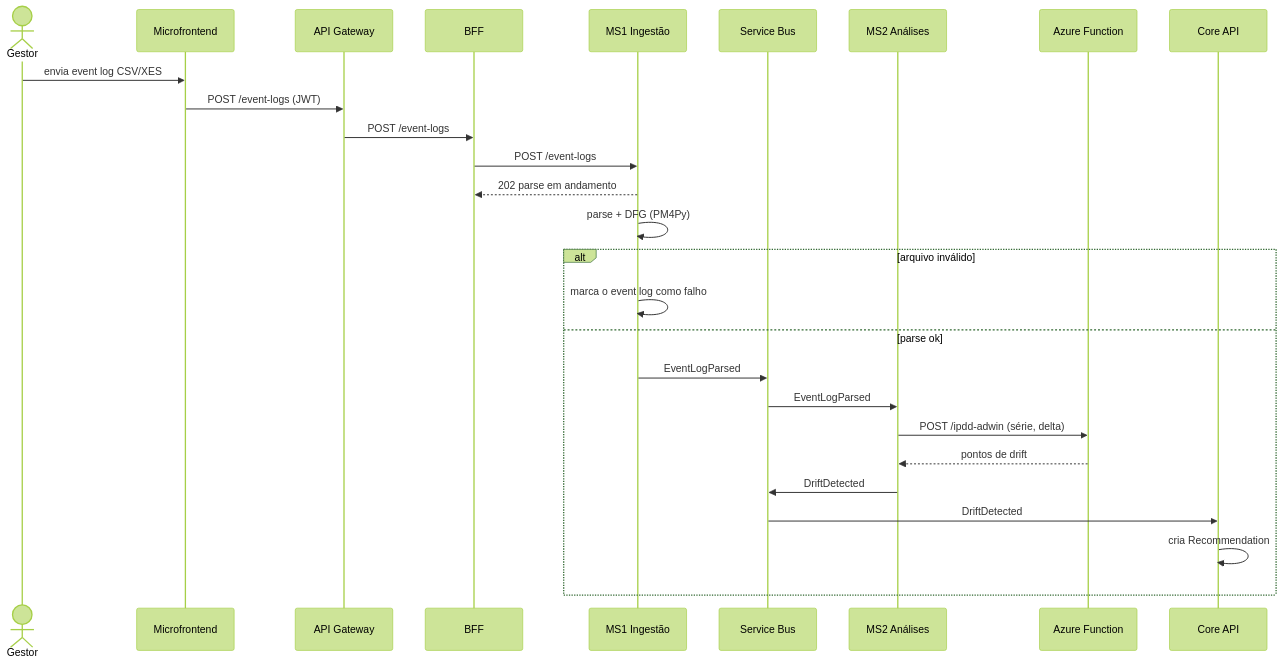
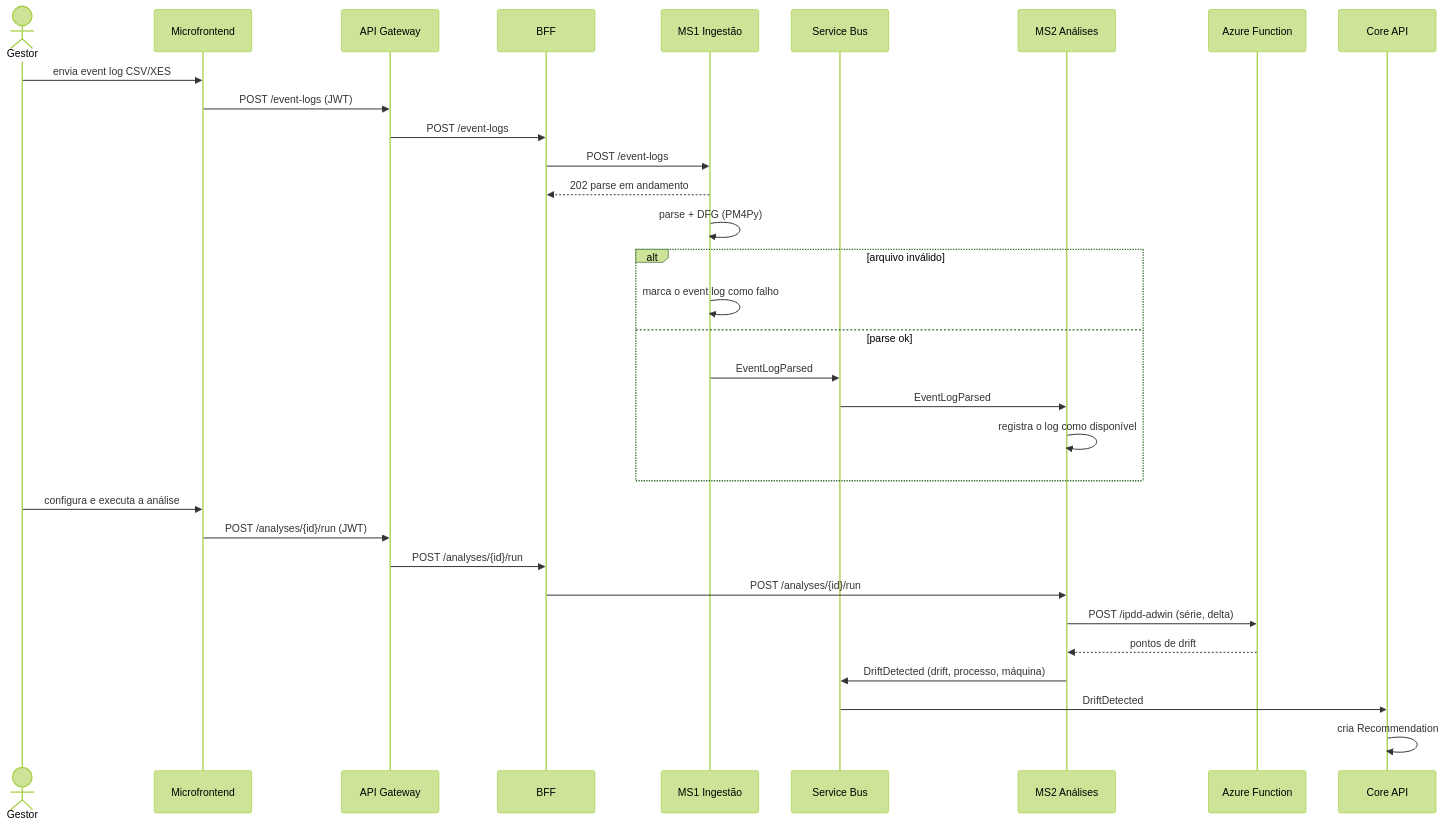
The ninth of 17 diagrams in architecture/arc42.md (aland3r/deviante-docs), drawn with Mermaid (forest theme) before and after one commit. The commit also changed other lines of this file, not shown here.

First line of the commit message:
arc42 §1–§6, §8–§12: isolamento por empresa, administrador como stakeholder, análise em dois passos, AsyncAPI, glossário ampliado

````diff
--- a/architecture/arc42.md
+++ b/architecture/arc42.md
@@ -787,29 +793,34 @@
 ```mermaid
 sequenceDiagram
     actor G as Gestor
     participant W as Microfrontend
     participant GW as API Gateway
     participant B as BFF
     participant M1 as MS1 Ingestão
     participant Q as Service Bus
     participant M2 as MS2 Análises
     participant F as Azure Function
     participant C as Core API
     G->>W: envia event log CSV/XES
     W->>GW: POST /event-logs (JWT)
     GW->>B: POST /event-logs
     B->>M1: POST /event-logs
     M1-->>B: 202 parse em andamento
     M1->>M1: parse + DFG (PM4Py)
     alt arquivo inválido
         M1->>M1: marca o event log como falho
     else parse ok
     M1->>Q: EventLogParsed
     Q->>M2: EventLogParsed
+    M2->>M2: registra o log como disponível
+    end
+    G->>W: configura e executa a análise
+    W->>GW: POST /analyses/{id}/run (JWT)
+    GW->>B: POST /analyses/{id}/run
+    B->>M2: POST /analyses/{id}/run
     M2->>F: POST /ipdd-adwin (série, delta)
     F-->>M2: pontos de drift
-    M2->>Q: DriftDetected
+    M2->>Q: DriftDetected (drift, processo, máquina)
     Q->>C: DriftDetected
     C->>C: cria Recommendation
-    end
 ```
````
